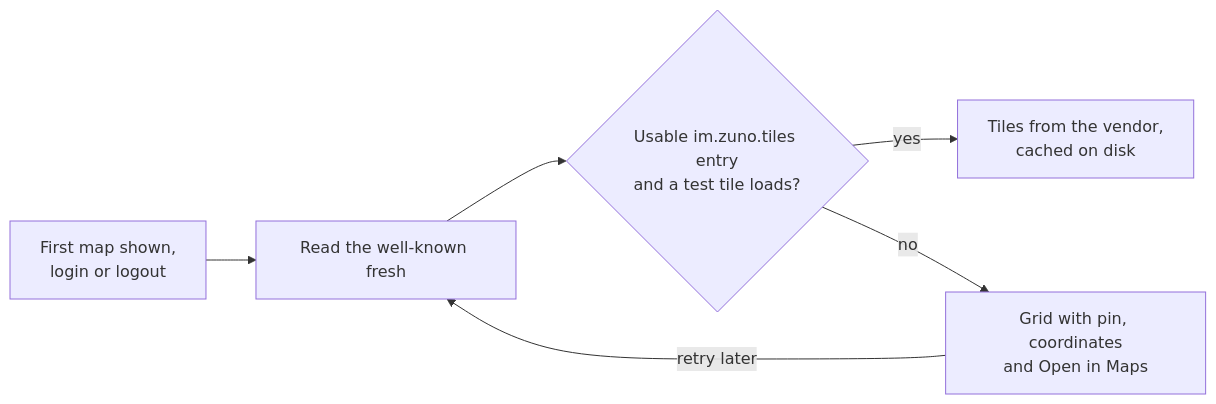
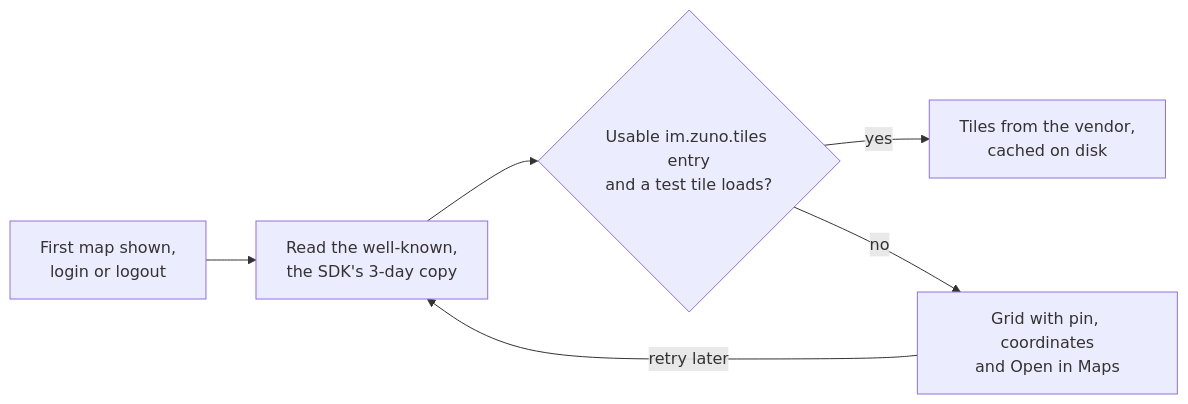
The first of 2 diagrams in docs/features/location-sharing.md (Zuno-Chat/zuno-chat), drawn with Mermaid before and after one commit. The commit also changed other lines of this file and 61 other files, not shown here.

````diff
--- a/docs/features/location-sharing.md
+++ b/docs/features/location-sharing.md
@@ -28,8 +28,8 @@
 ```mermaid
 flowchart LR
-  A["First map shown,<br>login or logout"] --> B["Read the well-known fresh"]
+  A["First map shown,<br>login or logout"] --> B["Read the well-known,<br>the SDK's 3-day copy"]
   B --> C{"Usable im.zuno.tiles entry<br>and a test tile loads?"}
   C -- yes --> D["Tiles from the vendor,<br>cached on disk"]
   C -- no --> E["Grid with pin, coordinates<br>and Open in Maps"]
   E -- retry later --> B
 ```
````
